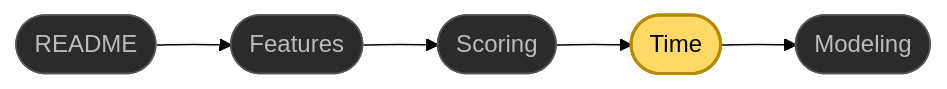
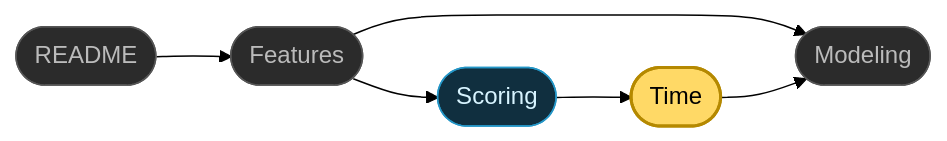
One commit to jmaroszek/Skill-Tree changed the diagram in docs/time.md. Above: the diagram before and after it, drawn with Mermaid (forest theme). The commit also changed 4 other files, not shown here.

````diff
--- a/docs/time.md
+++ b/docs/time.md
@@ -202,8 +200,15 @@
 ```mermaid
 flowchart LR
-    R(["README"]) --> F(["Features"]) --> S(["Scoring"]) --> T(["Time"]) --> M(["Modeling"])
+    R(["README"]) --> F(["Features"])
+    F --> M(["Modeling"])
+    F --> S(["Scoring"])
+    S --> T(["Time"])
+    T --> M
+
     classDef current fill:#ffd966,stroke:#b58900,stroke-width:2px,color:#000;
     classDef other fill:#2b2b2b,stroke:#555,color:#bbb;
+    classDef technical fill:#102f3f,stroke:#2496c7,color:#d7f4ff;
     class T current
-    class R,F,S,M other
+    class R,F,M other
+    class S technical
 ```
````
